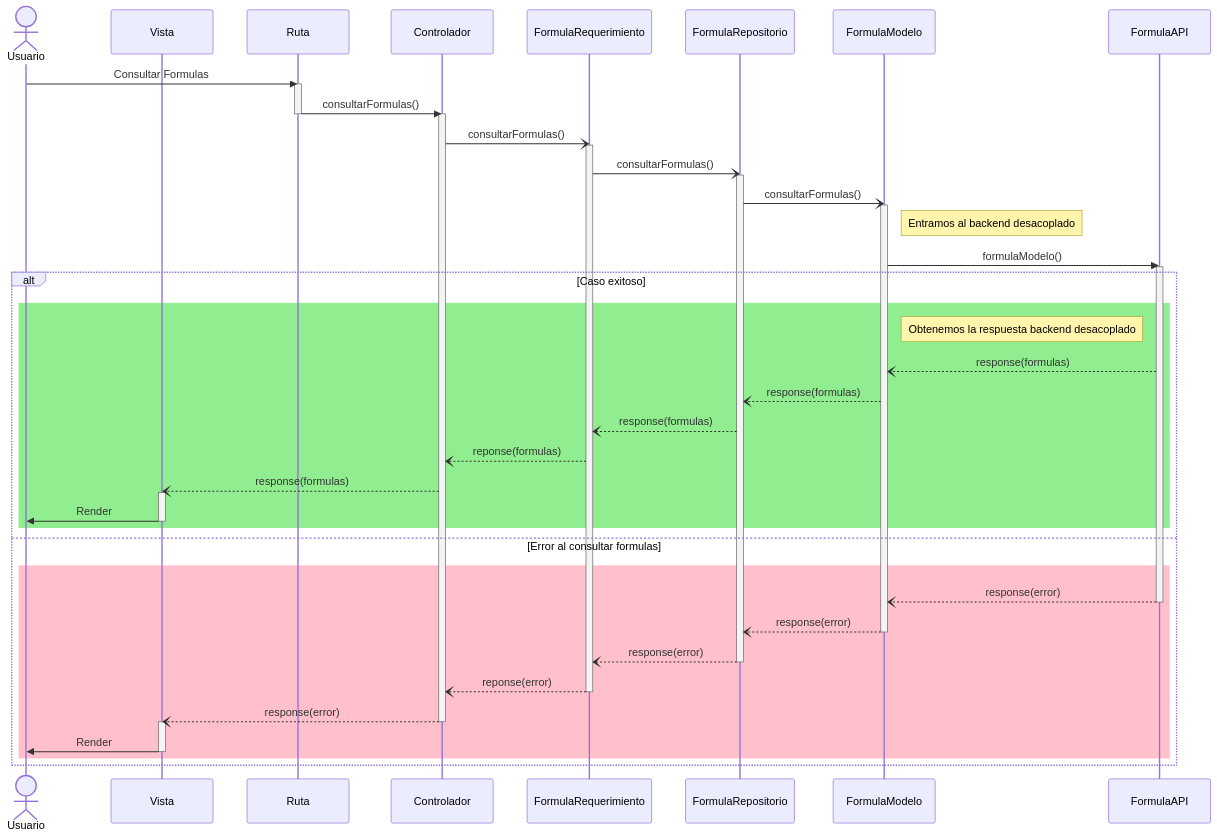
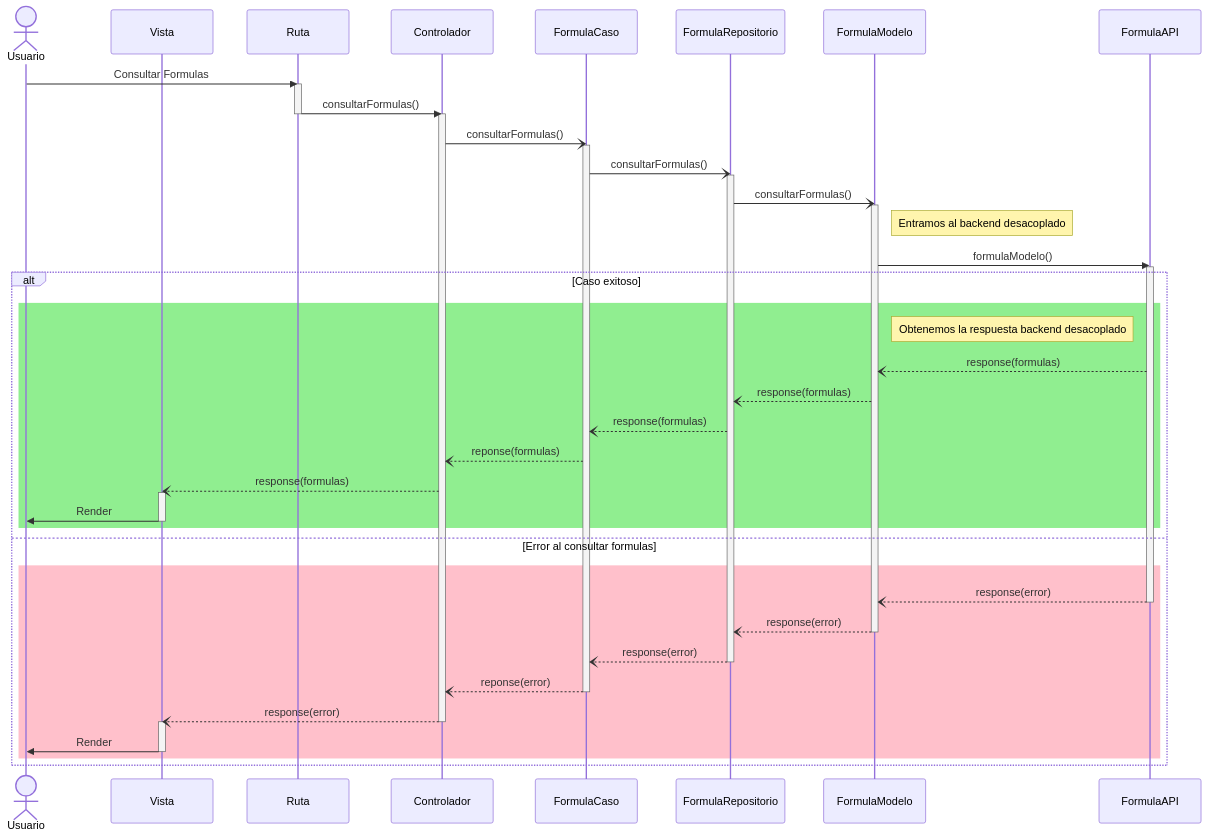
One commit to CodeAnd-Co/Documentacion changed the first of 2 diagrams in documentation/docs/proyectos/tractores/documentacion/requisitos/RF76.md. Above: the diagram before and after it, drawn with Mermaid. The commit also changed other lines of this file, not shown here.

Commit message:
Agregar caso de prueba, cambiar nombre de componente de diagrama

````diff
--- a/documentation/docs/proyectos/tractores/documentacion/requisitos/RF76.md
+++ b/documentation/docs/proyectos/tractores/documentacion/requisitos/RF76.md
@@ -28,56 +28,56 @@
 ```mermaid
 sequenceDiagram
     actor Usuario
     participant view as Vista
     participant route as Ruta
     participant controller as Controlador
-    participant usecase as FormulaRequerimiento
+    participant usecase as FormulaCaso
     participant repository as FormulaRepositorio
     participant model as FormulaModelo
     participant api as FormulaAPI
 
     Usuario->>route: Consultar Formulas
     activate route
     route->>controller: consultarFormulas()
     deactivate route
     activate controller
     controller-)usecase: consultarFormulas()
     activate usecase
     usecase-)repository: consultarFormulas()
     activate repository
     repository-)model: consultarFormulas()
     activate model
     Note right of model: Entramos al backend desacoplado
     model->>api: formulaModelo()
     activate api
     alt Caso exitoso
     rect Lightgreen
     Note right of model: Obtenemos la respuesta backend desacoplado
     api--)model: response(formulas)
     model--)repository: response(formulas)
     repository--)usecase: response(formulas)
     usecase--)controller: reponse(formulas)
     controller--)view: response(formulas)
     activate view
     view->>Usuario: Render
     deactivate view
     end
     else Error al consultar formulas
     rect Pink
     api--)model: response(error)
     deactivate api
     model--)repository: response(error)
     deactivate model
     repository--)usecase: response(error)
     deactivate repository
     usecase--)controller: reponse(error)
     deactivate usecase
     controller--)view: response(error)
     deactivate controller
     activate view
     view->>Usuario: Render
     deactivate view
     end
     end
     
 ```
````
